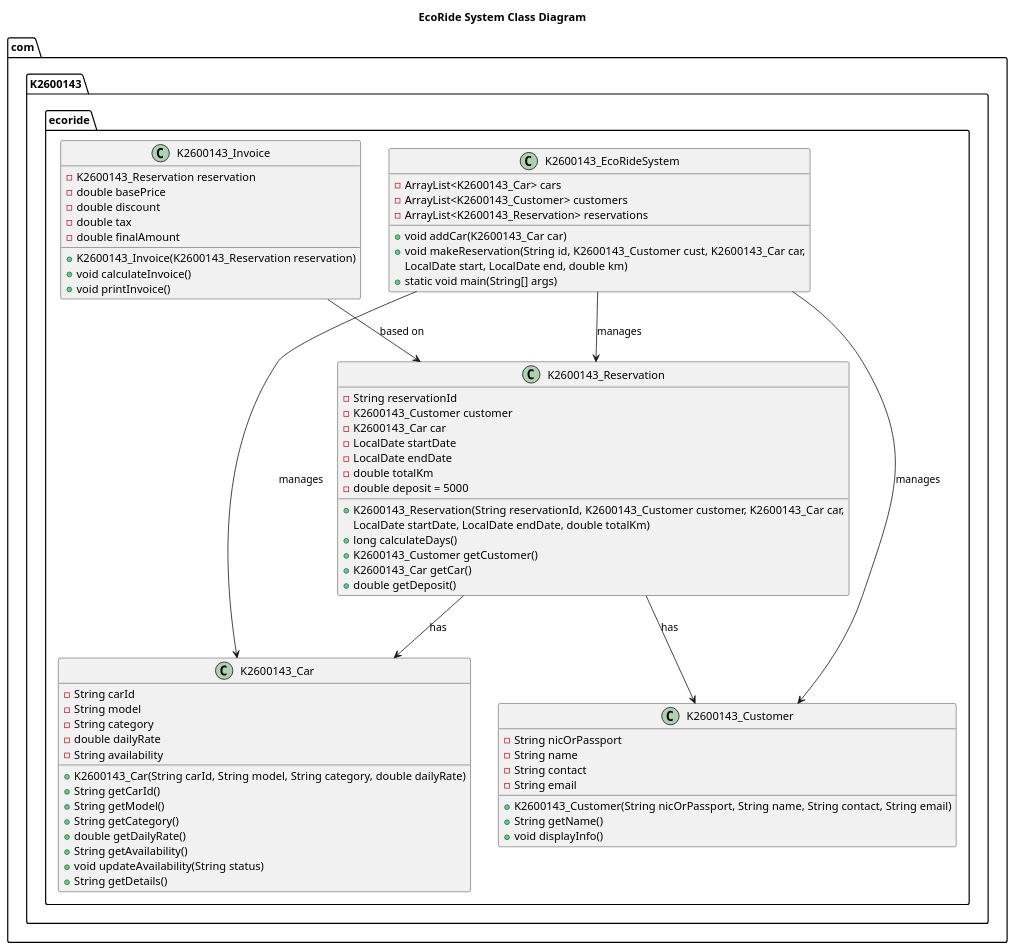
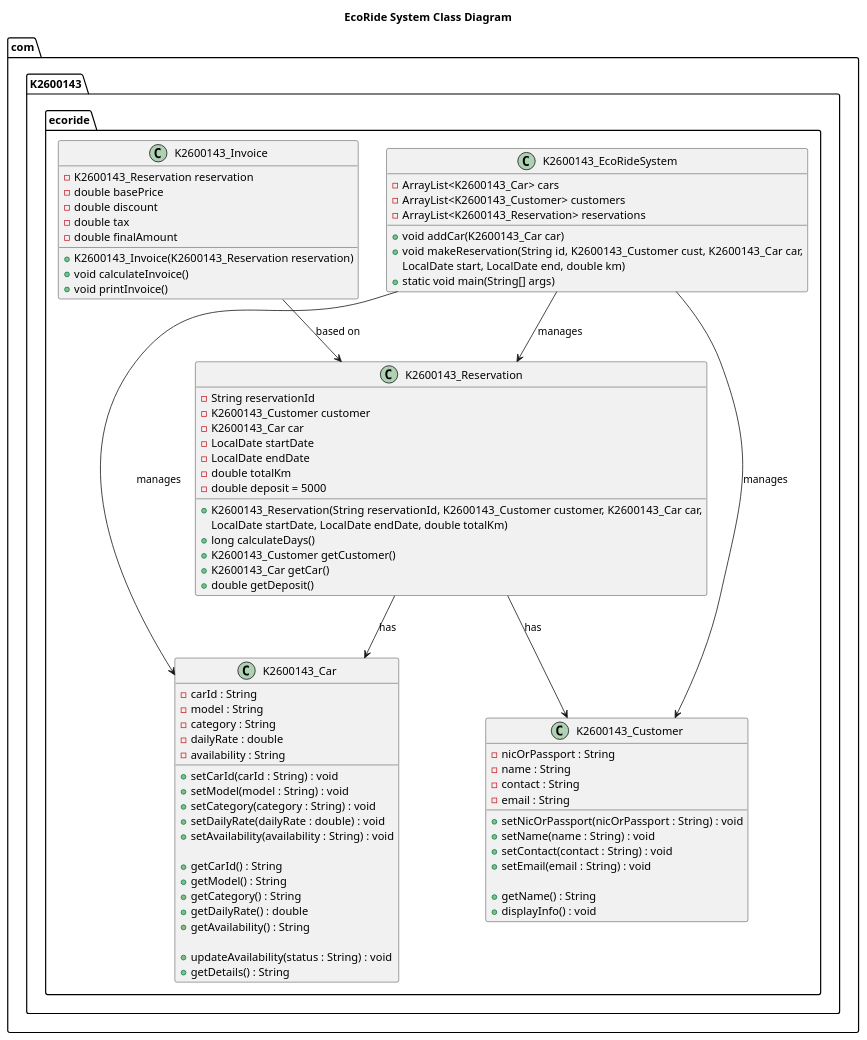
One commit to ArunaMahaGamage/EcoRide changed the diagram in EcoRide.puml. Above: the diagram before and after it, drawn with PlantUML.

```diff
--- a/EcoRide.puml
+++ b/EcoRide.puml
@@ -1,83 +1,94 @@
 @startuml
 title EcoRide System Class Diagram
 
 package com.K2600143.ecoride {
 
     class K2600143_Car {
-        - String carId
-        - String model
-        - String category
-        - double dailyRate
-        - String availability
+        - carId : String
+        - model : String
+        - category : String
+        - dailyRate : double
+        - availability : String
 
-        + K2600143_Car(String carId, String model, String category, double dailyRate)
-        + String getCarId()
-        + String getModel()
-        + String getCategory()
-        + double getDailyRate()
-        + String getAvailability()
-        + void updateAvailability(String status)
-        + String getDetails()
+        + setCarId(carId : String) : void
+        + setModel(model : String) : void
+        + setCategory(category : String) : void
+        + setDailyRate(dailyRate : double) : void
+        + setAvailability(availability : String) : void
+
+        + getCarId() : String
+        + getModel() : String
+        + getCategory() : String
+        + getDailyRate() : double
+        + getAvailability() : String
+
+        + updateAvailability(status : String) : void
+        + getDetails() : String
     }
 
     class K2600143_Customer {
-        - String nicOrPassport
-        - String name
-        - String contact
-        - String email
+        - nicOrPassport : String
+        - name : String
+        - contact : String
+        - email : String
 
-        + K2600143_Customer(String nicOrPassport, String name, String contact, String email)
-        + String getName()
-        + void displayInfo()
+        + setNicOrPassport(nicOrPassport : String) : void
+        + setName(name : String) : void
+        + setContact(contact : String) : void
+        + setEmail(email : String) : void
+
+        + getName() : String
+        + displayInfo() : void
     }
 
     class K2600143_Reservation {
         - String reservationId
         - K2600143_Customer customer
         - K2600143_Car car
         - LocalDate startDate
         - LocalDate endDate
         - double totalKm
         - double deposit = 5000
 
         + K2600143_Reservation(String reservationId, K2600143_Customer customer, K2600143_Car car,
                                LocalDate startDate, LocalDate endDate, double totalKm)
         + long calculateDays()
         + K2600143_Customer getCustomer()
         + K2600143_Car getCar()
         + double getDeposit()
     }
+
 
     class K2600143_Invoice {
         - K2600143_Reservation reservation
         - double basePrice
         - double discount
         - double tax
         - double finalAmount
 
         + K2600143_Invoice(K2600143_Reservation reservation)
         + void calculateInvoice()
         + void printInvoice()
     }
 
     class K2600143_EcoRideSystem {
         - ArrayList<K2600143_Car> cars
         - ArrayList<K2600143_Customer> customers
         - ArrayList<K2600143_Reservation> reservations
 
         + void addCar(K2600143_Car car)
         + void makeReservation(String id, K2600143_Customer cust, K2600143_Car car,
                                LocalDate start, LocalDate end, double km)
         + static void main(String[] args)
     }
 
     ' --- Relationships ---
     K2600143_Reservation --> K2600143_Customer : has
     K2600143_Reservation --> K2600143_Car : has
     K2600143_Invoice --> K2600143_Reservation : based on
     K2600143_EcoRideSystem --> K2600143_Car : manages
     K2600143_EcoRideSystem --> K2600143_Customer : manages
     K2600143_EcoRideSystem --> K2600143_Reservation : manages
 }
 
 @enduml
```
